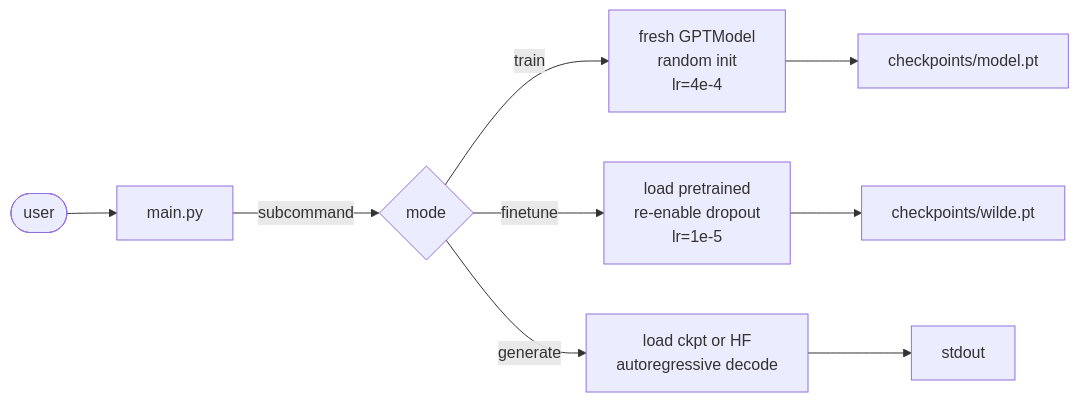
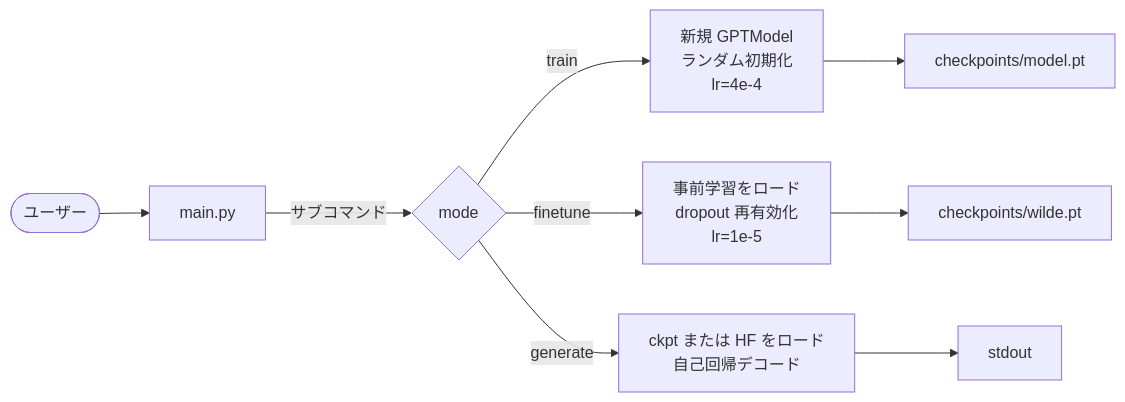
Before and after one commit to cacapouh/gpt2-from-scratch: the third of 3 diagrams in docs/architecture.md, drawn with Mermaid. The commit also changed other lines of this file and 10 other files, not shown here.

````diff
--- a/docs/architecture.md
+++ b/docs/architecture.md
@@ -81,11 +81,11 @@
 ```mermaid
 flowchart LR
-    U([user]) --> M[main.py]
-    M -->|subcommand| T{mode}
-    T -->|train| TRAIN_MODE[fresh GPTModel<br/>random init<br/>lr=4e-4]
-    T -->|finetune| FT_MODE[load pretrained<br/>re-enable dropout<br/>lr=1e-5]
-    T -->|generate| GEN_MODE[load ckpt or HF<br/>autoregressive decode]
+    U([ユーザー]) --> M[main.py]
+    M -->|サブコマンド| T{mode}
+    T -->|train| TRAIN_MODE[新規 GPTModel<br/>ランダム初期化<br/>lr=4e-4]
+    T -->|finetune| FT_MODE[事前学習をロード<br/>dropout 再有効化<br/>lr=1e-5]
+    T -->|generate| GEN_MODE[ckpt または HF をロード<br/>自己回帰デコード]
     TRAIN_MODE --> CKPT1[checkpoints/model.pt]
     FT_MODE --> CKPT2[checkpoints/wilde.pt]
     GEN_MODE --> STDOUT[stdout]
 ```
````
